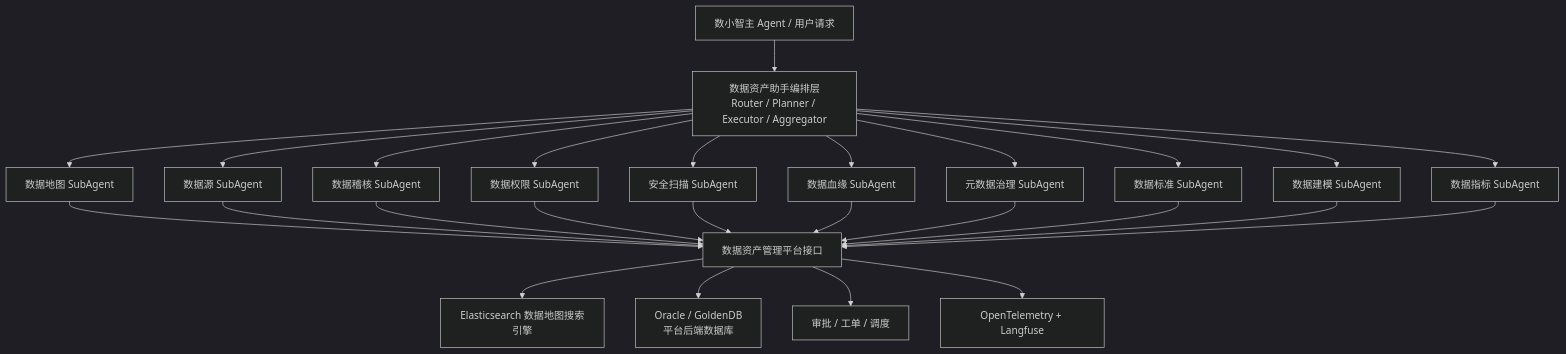
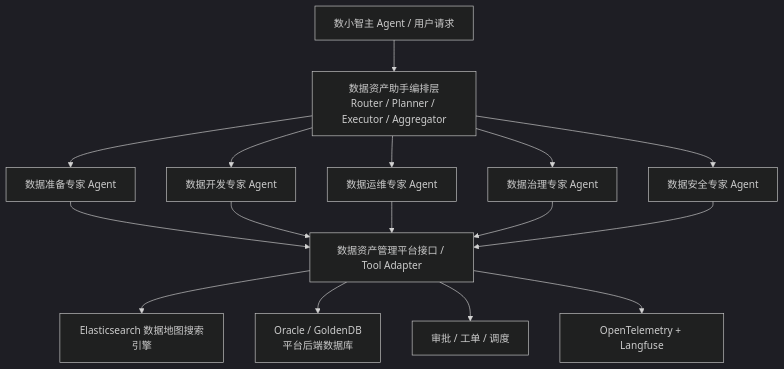
One commit to ShaneLiu001/dataasset changed the diagram in 数据资产助手/92-附录-数据资产助手子Agent功能设计/README.md. Above: the diagram before and after it, drawn with Mermaid (dark theme). The commit also changed other lines of this file and 23 other files, not shown here.

Commit message:
docs: align data asset assistant expert agents

````diff
--- a/数据资产助手/92-附录-数据资产助手子Agent功能设计/README.md
+++ b/数据资产助手/92-附录-数据资产助手子Agent功能设计/README.md
@@ -30,31 +30,21 @@
 ```mermaid
 flowchart TB
   User[数小智主 Agent / 用户请求] --> AssetAgent[数据资产助手编排层<br/>Router / Planner / Executor / Aggregator]
 
-  AssetAgent --> MapAgent[数据地图 SubAgent]
-  AssetAgent --> SourceAgent[数据源 SubAgent]
-  AssetAgent --> QualityAgent[数据稽核 SubAgent]
-  AssetAgent --> PermissionAgent[数据权限 SubAgent]
-  AssetAgent --> SecurityAgent[安全扫描 SubAgent]
-  AssetAgent --> LineageAgent[数据血缘 SubAgent]
-  AssetAgent --> GovernanceAgent[元数据治理 SubAgent]
-  AssetAgent --> StandardAgent[数据标准 SubAgent]
-  AssetAgent --> ModelingAgent[数据建模 SubAgent]
-  AssetAgent --> MetricAgent[数据指标 SubAgent]
+  AssetAgent --> PrepareExpert[数据准备专家 Agent]
+  AssetAgent --> DevExpert[数据开发专家 Agent]
+  AssetAgent --> OpsExpert[数据运维专家 Agent]
+  AssetAgent --> GovernanceExpert[数据治理专家 Agent]
+  AssetAgent --> SecurityExpert[数据安全专家 Agent]
 
-  MapAgent --> Platform[数据资产管理平台接口]
-  SourceAgent --> Platform
-  QualityAgent --> Platform
-  PermissionAgent --> Platform
-  SecurityAgent --> Platform
-  LineageAgent --> Platform
-  GovernanceAgent --> Platform
-  StandardAgent --> Platform
-  ModelingAgent --> Platform
-  MetricAgent --> Platform
+  PrepareExpert --> Platform[数据资产管理平台接口 / Tool Adapter]
+  DevExpert --> Platform
+  OpsExpert --> Platform
+  GovernanceExpert --> Platform
+  SecurityExpert --> Platform
 
   Platform --> ES[Elasticsearch 数据地图搜索引擎]
   Platform --> DB[Oracle / GoldenDB<br/>平台后端数据库]
   Platform --> Workflow[审批 / 工单 / 调度]
   Platform --> Obs[OpenTelemetry + Langfuse]
 ```
````
